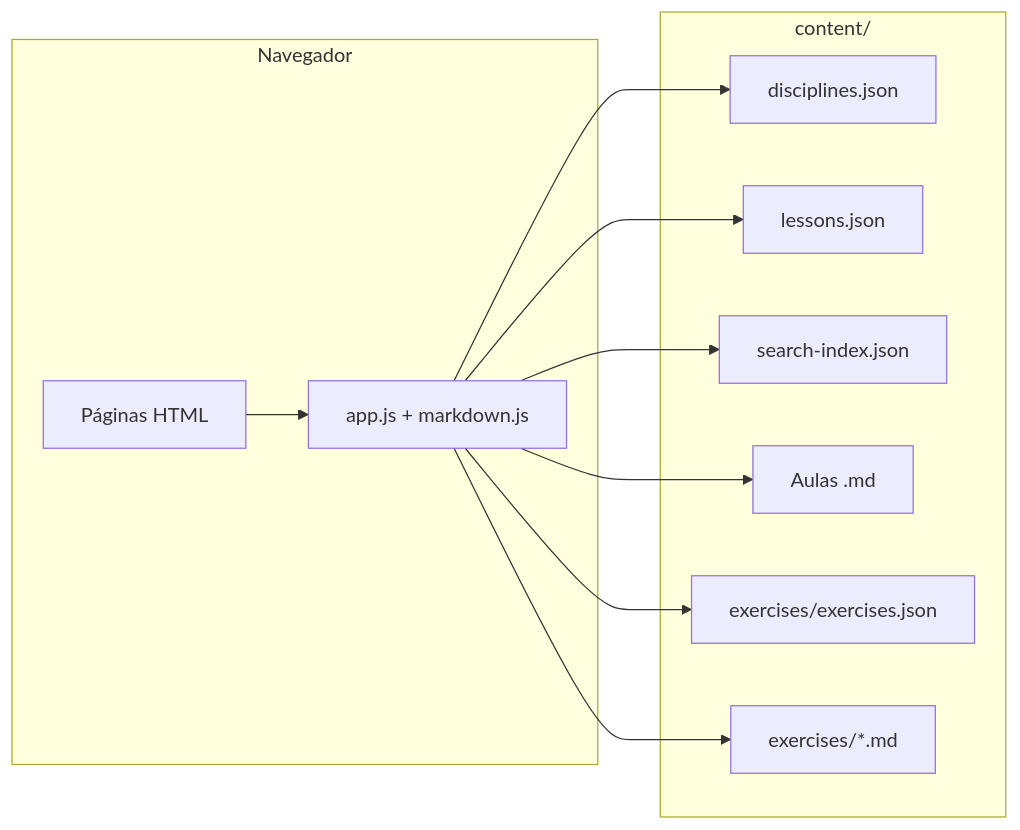
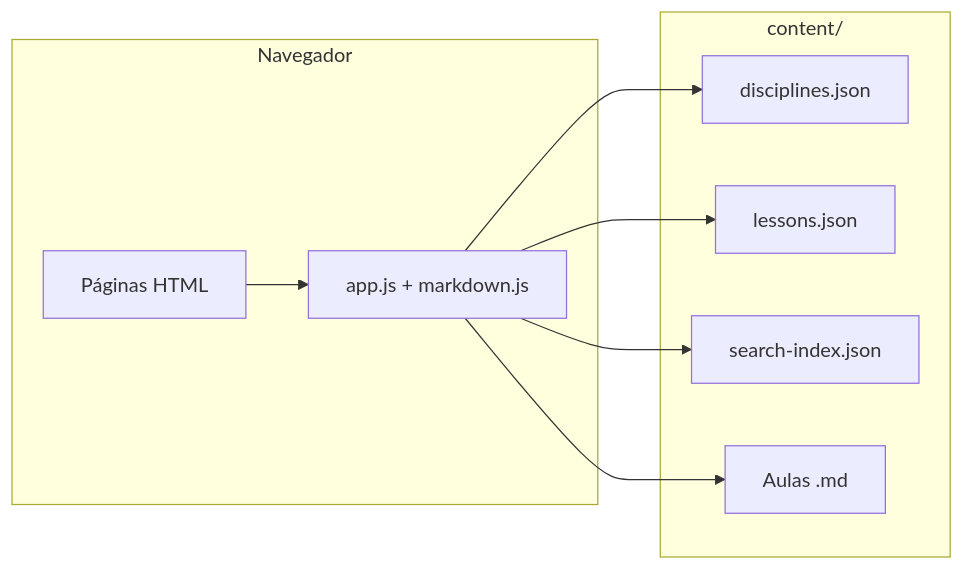
Before and after one commit to GaabDevWeb/ISS: the seventh of 7 diagrams in README.md, drawn with Mermaid. The commit also changed other lines of this file and 11 other files, not shown here.

````diff
--- a/README.md
+++ b/README.md
@@ -104,22 +245,18 @@
 ```mermaid
 flowchart LR
   subgraph browser [Navegador]
     HTML[Páginas HTML]
     App[app.js + markdown.js]
   end
   subgraph static [content/]
     DJ[disciplines.json]
     LJ[lessons.json]
     SI[search-index.json]
     MD[Aulas .md]
-    EJ[exercises/exercises.json]
-    EM[exercises/*.md]
   end
   HTML --> App
   App --> DJ
   App --> LJ
   App --> SI
   App --> MD
-  App --> EJ
-  App --> EM
 ```
````
